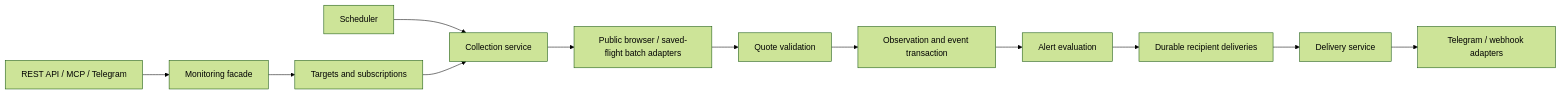
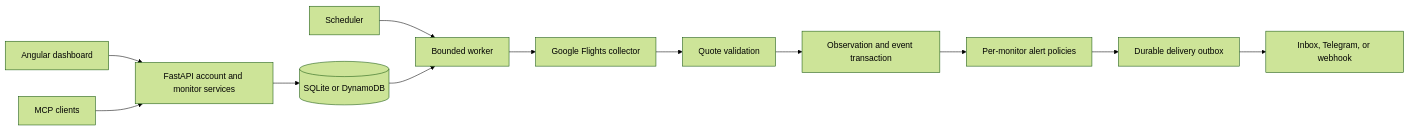
Before and after one commit to cxdima/fareflare: the diagram in docs/ARCHITECTURE_REVIEW.md, drawn with Mermaid (forest theme). The commit also changed other lines of this file and 141 other files, not shown here.

````diff
--- a/docs/ARCHITECTURE_REVIEW.md
+++ b/docs/ARCHITECTURE_REVIEW.md
@@ -198,14 +8,14 @@
 ```mermaid
 flowchart LR
-    Clients[REST API / MCP / Telegram] --> UseCases[Monitoring facade]
-    UseCases --> Catalog[Targets and subscriptions]
-    Schedule[Scheduler] --> Collect[Collection service]
-    Catalog --> Collect
-    Collect --> Providers[Public browser / saved-flight batch adapters]
-    Providers --> Validate[Quote validation]
-    Validate --> Commit[Observation and event transaction]
-    Commit --> Rules[Alert evaluation]
-    Rules --> Outbox[Durable recipient deliveries]
-    Outbox --> Delivery[Delivery service]
-    Delivery --> Channels[Telegram / webhook adapters]
+    UI[Angular dashboard] --> API[FastAPI account and monitor services]
+    MCP[MCP clients] --> API
+    API --> Store[(SQLite or DynamoDB)]
+    Schedule[Scheduler] --> Worker[Bounded worker]
+    Store --> Worker
+    Worker --> Browser[Google Flights collector]
+    Browser --> Evidence[Quote validation]
+    Evidence --> Events[Observation and event transaction]
+    Events --> Rules[Per-monitor alert policies]
+    Rules --> Outbox[Durable delivery outbox]
+    Outbox --> Channels[Inbox, Telegram, or webhook]
 ```
````
